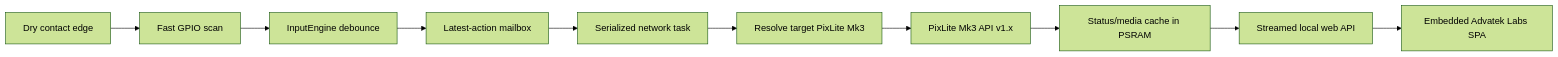
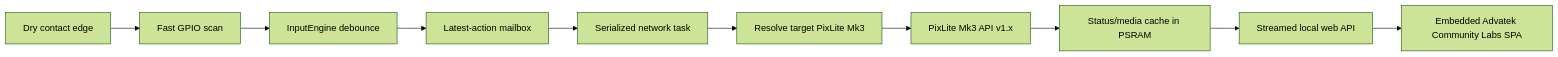
The diagram in docs/ARCHITECTURE.md (advatekcommunitylabs/PixLite-Mk3-Contact-Trigger), drawn with Mermaid (forest theme) before and after one commit. The commit also changed 28 other files, not shown here.

Commit message:
Update Community Labs links and branding (#7)

````diff
--- a/docs/ARCHITECTURE.md
+++ b/docs/ARCHITECTURE.md
@@ -61,12 +61,12 @@
 ```mermaid
 flowchart LR
     Contact["Dry contact edge"] --> Scan["Fast GPIO scan"]
     Scan --> Debounce["InputEngine debounce"]
     Debounce --> Mailbox["Latest-action mailbox"]
     Mailbox --> Network["Serialized network task"]
     Network --> Resolve["Resolve target PixLite Mk3"]
     Resolve --> HTTP["PixLite Mk3 API v1.x"]
     HTTP --> Status["Status/media cache in PSRAM"]
     Status --> API["Streamed local web API"]
-    API --> UI["Embedded Advatek Labs SPA"]
+    API --> UI["Embedded Advatek Community Labs SPA"]
 ```
````
